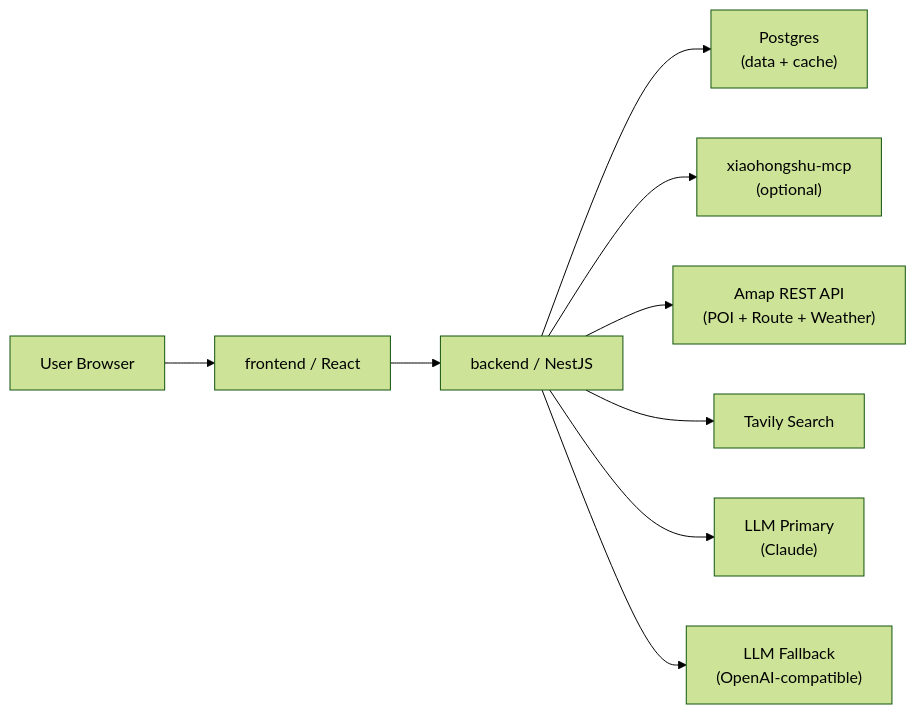
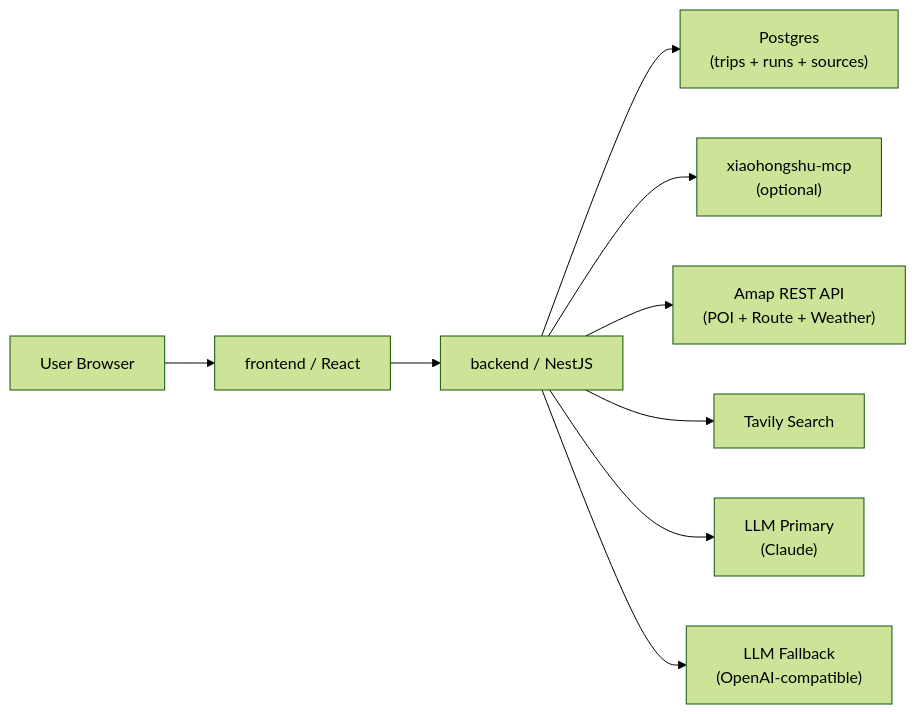
One commit to ice886/TravelAssistant changed the diagram in Docs/architecture/2-OPTIMIZED_FULL_STACK_ARCHITECTURE.MD. Above: the diagram before and after it, drawn with Mermaid (forest theme). The commit also changed other lines of this file and 26 other files, not shown here.

````diff
--- a/Docs/architecture/2-OPTIMIZED_FULL_STACK_ARCHITECTURE.MD
+++ b/Docs/architecture/2-OPTIMIZED_FULL_STACK_ARCHITECTURE.MD
@@ -26,11 +26,11 @@
 ```mermaid
 flowchart LR
   User["User Browser"] --> Web["frontend / React"]
   Web --> Api["backend / NestJS"]
-  Api --> Db["Postgres\n(data + cache)"]
+  Api --> Db["Postgres\n(trips + runs + sources)"]
   Api --> Xhs["xiaohongshu-mcp\n(optional)"]
   Api --> Amap["Amap REST API\n(POI + Route + Weather)"]
   Api --> Tavily["Tavily Search"]
   Api --> LlmPrimary["LLM Primary\n(Claude)"]
   Api --> LlmFallback["LLM Fallback\n(OpenAI-compatible)"]
 ```
````
